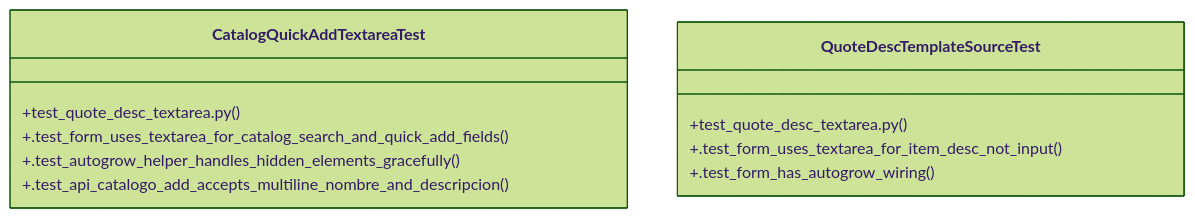
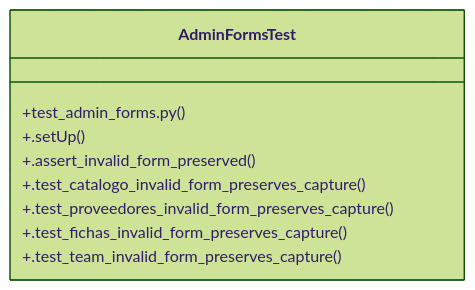
The diagram in graphify-out/wiki/Community_31.md (Daftrick/ProjectTracker), drawn with Mermaid (forest theme) before and after one commit. The commit also changed other lines of this file and 479 other files, not shown here.

````diff
--- a/graphify-out/wiki/Community_31.md
+++ b/graphify-out/wiki/Community_31.md
@@ -19,14 +18,12 @@
 ```mermaid
 classDiagram
-    class CatalogQuickAddTextareaTest {
-        +test_quote_desc_textarea.py()
-        +.test_form_uses_textarea_for_catalog_search_and_quick_add_fields()
-        +.test_autogrow_helper_handles_hidden_elements_gracefully()
-        +.test_api_catalogo_add_accepts_multiline_nombre_and_descripcion()
-    }
-    class QuoteDescTemplateSourceTest {
-        +test_quote_desc_textarea.py()
-        +.test_form_uses_textarea_for_item_desc_not_input()
-        +.test_form_has_autogrow_wiring()
+    class AdminFormsTest {
+        +test_admin_forms.py()
+        +.setUp()
+        +.assert_invalid_form_preserved()
+        +.test_catalogo_invalid_form_preserves_capture()
+        +.test_proveedores_invalid_form_preserves_capture()
+        +.test_fichas_invalid_form_preserves_capture()
+        +.test_team_invalid_form_preserves_capture()
     }
 ```
````
